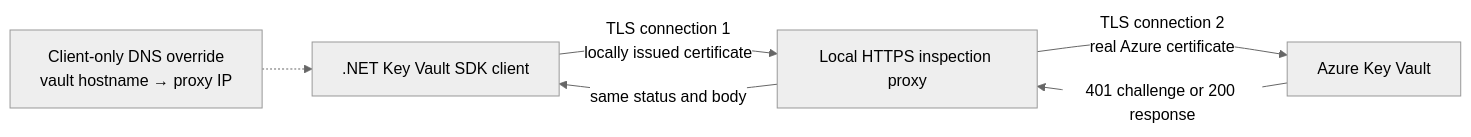
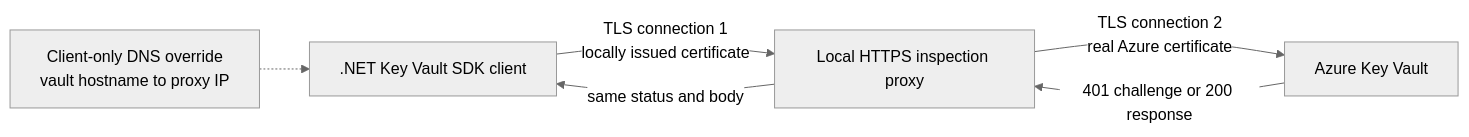
Before and after one commit to amanvelani/emrudha-lab: the first of 2 diagrams in README.md, drawn with Mermaid (neutral theme). The commit also changed other lines of this file, not shown here.

Commit message:
Fix Mermaid diagram syntax

````diff
--- a/README.md
+++ b/README.md
@@ -30,14 +30,14 @@
 ```mermaid
 flowchart LR
     C[.NET Key Vault SDK client]
     P[Local HTTPS inspection proxy]
     A[Azure Key Vault]
 
-    C -->|TLS connection 1<br/>locally issued certificate| P
-    P -->|TLS connection 2<br/>real Azure certificate| A
+    C -->|"TLS connection 1<br>locally issued certificate"| P
+    P -->|"TLS connection 2<br>real Azure certificate"| A
     A -->|401 challenge or 200 response| P
     P -->|same status and body| C
 
-    D[Client-only DNS override<br/>vault hostname → proxy IP]
+    D["Client-only DNS override<br>vault hostname to proxy IP"]
     D -.-> C
 ```
````
